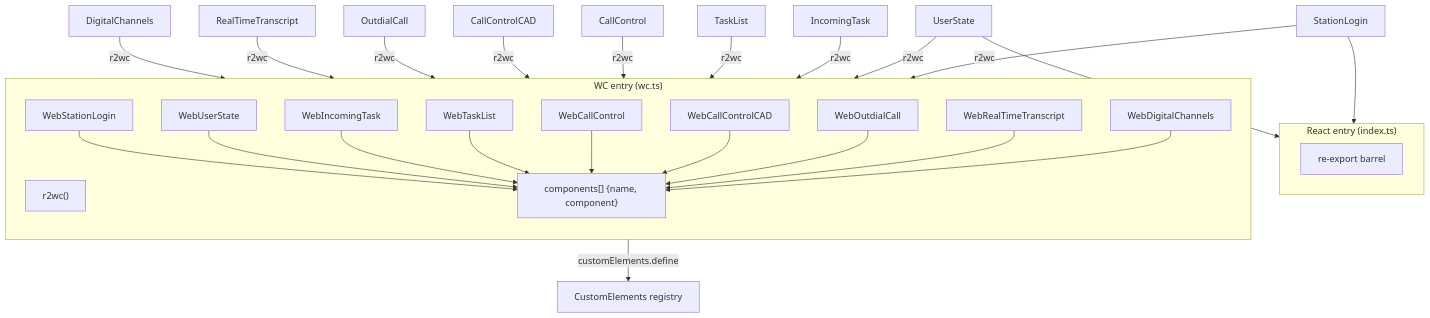
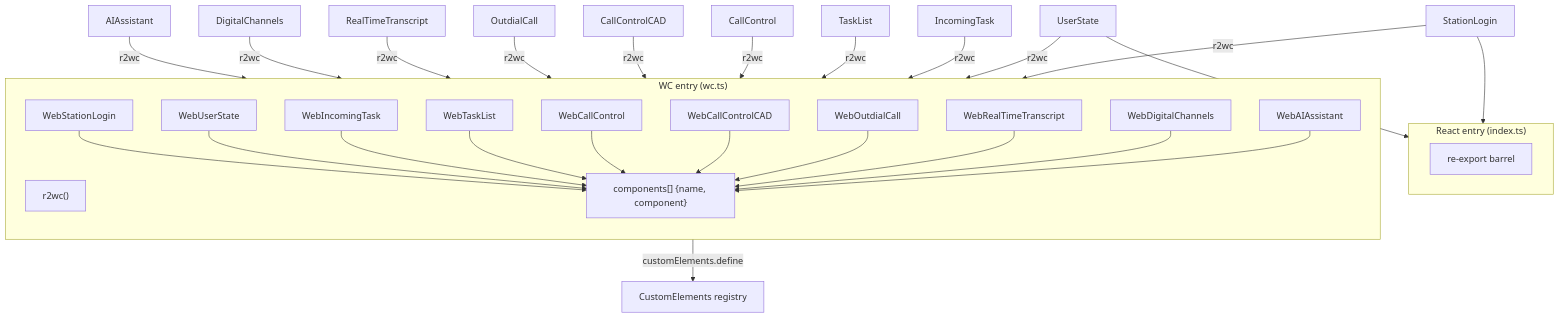
The third of 3 diagrams in packages/contact-center/cc-widgets/ai-docs/cc-widgets-spec.md (webex/widgets), drawn with Mermaid before and after one commit. The commit also changed other lines of this file and 117 other files, not shown here.

````diff
--- a/packages/contact-center/cc-widgets/ai-docs/cc-widgets-spec.md
+++ b/packages/contact-center/cc-widgets/ai-docs/cc-widgets-spec.md
@@ -223,47 +235,50 @@
 ```mermaid
 graph TD
     subgraph react["React entry (index.ts)"]
         direction LR
         Barrel["re-export barrel"]
     end
 
     subgraph wc["WC entry (wc.ts)"]
         direction TB
         r2wc["r2wc()"]
         WebStationLogin["WebStationLogin"]
         WebUserState["WebUserState"]
         WebIncomingTask["WebIncomingTask"]
         WebTaskList["WebTaskList"]
         WebCallControl["WebCallControl"]
         WebCallControlCAD["WebCallControlCAD"]
         WebOutdialCall["WebOutdialCall"]
         WebRealTimeTranscript["WebRealTimeTranscript"]
         WebDigitalChannels["WebDigitalChannels"]
+        WebAIAssistant["WebAIAssistant"]
         components["components[] {name, component}"]
     end
 
     StationLogin -->|r2wc| WebStationLogin
     UserState -->|r2wc| WebUserState
     IncomingTask -->|r2wc| WebIncomingTask
     TaskList -->|r2wc| WebTaskList
     CallControl -->|r2wc| WebCallControl
     CallControlCAD -->|r2wc| WebCallControlCAD
     OutdialCall -->|r2wc| WebOutdialCall
     RealTimeTranscript -->|r2wc| WebRealTimeTranscript
     DigitalChannels -->|r2wc| WebDigitalChannels
+    AIAssistant -->|r2wc| WebAIAssistant
 
     WebStationLogin --> components
     WebUserState --> components
     WebIncomingTask --> components
     WebTaskList --> components
     WebCallControl --> components
     WebCallControlCAD --> components
     WebOutdialCall --> components
     WebRealTimeTranscript --> components
     WebDigitalChannels --> components
+    WebAIAssistant --> components
 
     components -->|customElements.define| Registry["CustomElements registry"]
 
     StationLogin --> Barrel
     UserState --> Barrel
 ```
````
